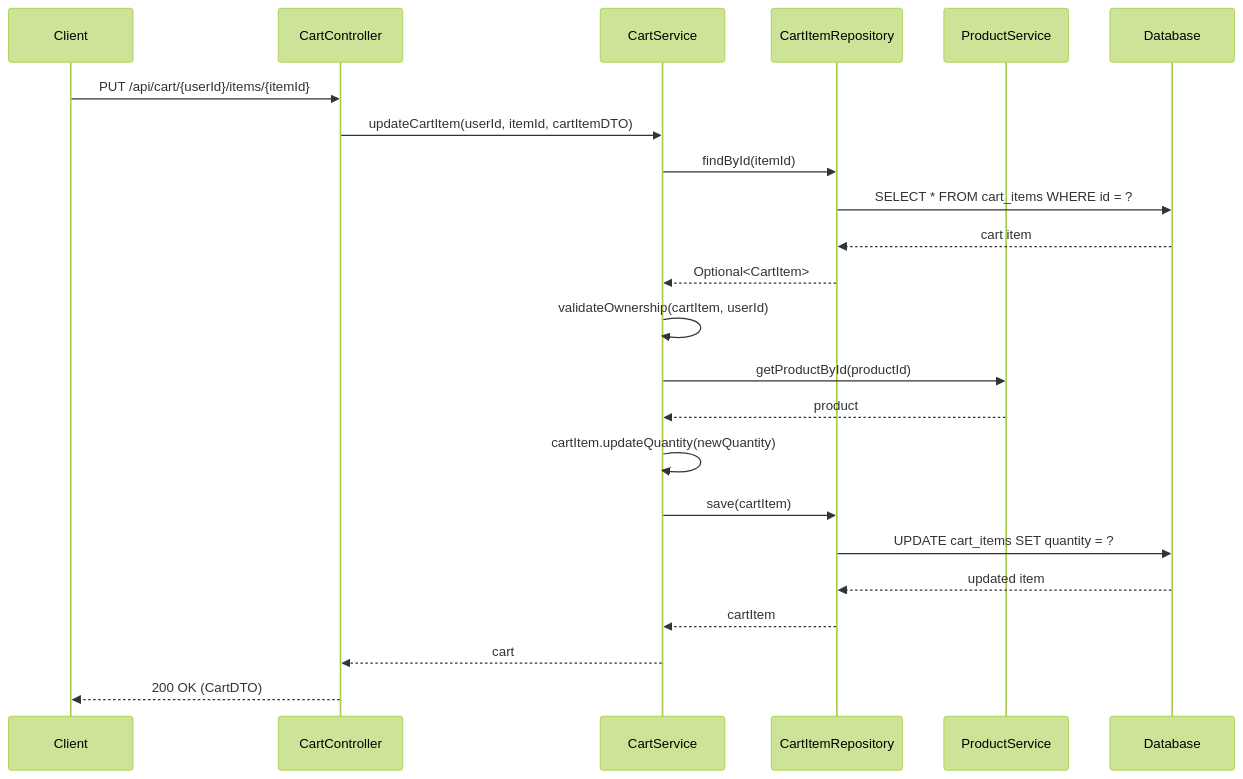
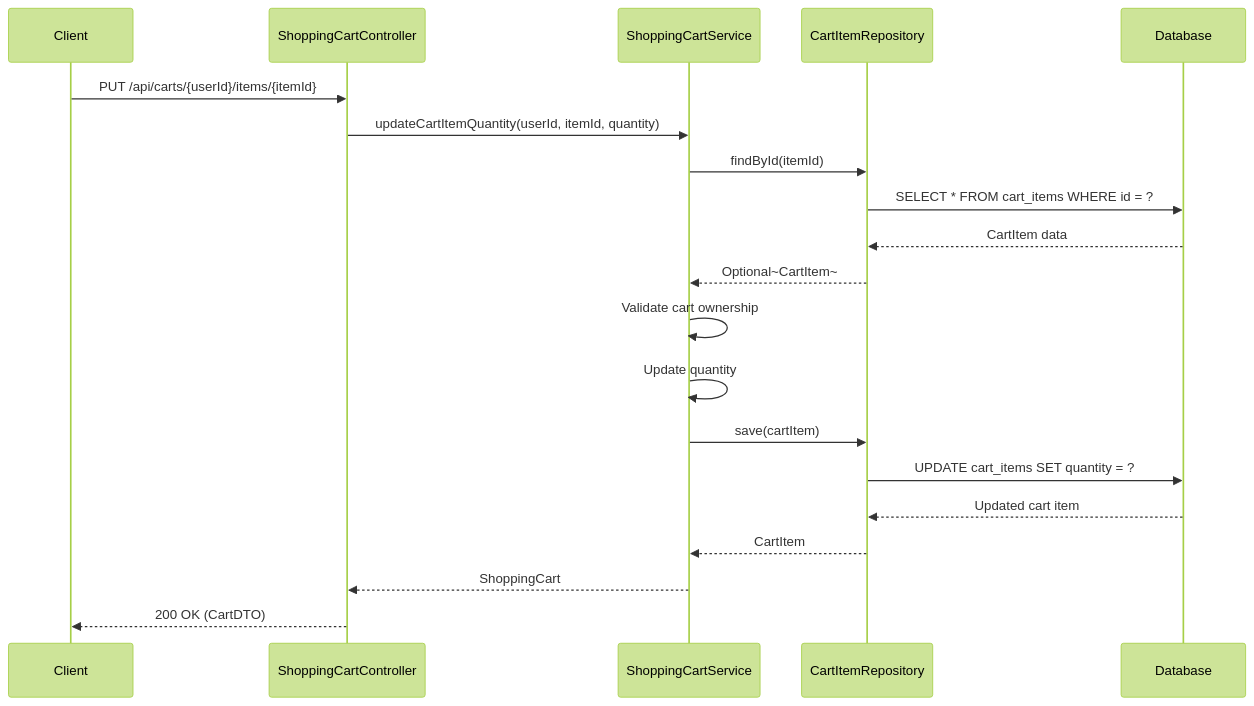
Before and after one commit to NavneetBN47/aava-ecom-demo: diagram 12 of 13 in docs/LLD/modified_lld.md, drawn with Mermaid (forest theme). The commit also changed other lines of this file, not shown here.

````diff
--- a/docs/LLD/modified_lld.md
+++ b/docs/LLD/modified_lld.md
@@ -584,26 +519,24 @@
 ```mermaid
 sequenceDiagram
     participant Client
-    participant CartController
-    participant CartService
+    participant ShoppingCartController
+    participant ShoppingCartService
     participant CartItemRepository
-    participant ProductService
     participant Database
 
-    Client->>CartController: PUT /api/cart/{userId}/items/{itemId}
-    CartController->>CartService: updateCartItem(userId, itemId, cartItemDTO)
-    CartService->>CartItemRepository: findById(itemId)
+    Client->>ShoppingCartController: PUT /api/carts/{userId}/items/{itemId}
+    ShoppingCartController->>ShoppingCartService: updateCartItemQuantity(userId, itemId, quantity)
+    ShoppingCartService->>CartItemRepository: findById(itemId)
     CartItemRepository->>Database: SELECT * FROM cart_items WHERE id = ?
-    Database-->>CartItemRepository: cart item
-    CartItemRepository-->>CartService: Optional<CartItem>
-    CartService->>CartService: validateOwnership(cartItem, userId)
-    CartService->>ProductService: getProductById(productId)
-    ProductService-->>CartService: product
-    CartService->>CartService: cartItem.updateQuantity(newQuantity)
-    CartService->>CartItemRepository: save(cartItem)
+    Database-->>CartItemRepository: CartItem data
+    CartItemRepository-->>ShoppingCartService: Optional~CartItem~
+    
+    ShoppingCartService->>ShoppingCartService: Validate cart ownership
+    ShoppingCartService->>ShoppingCartService: Update quantity
+    ShoppingCartService->>CartItemRepository: save(cartItem)
     CartItemRepository->>Database: UPDATE cart_items SET quantity = ?
-    Database-->>CartItemRepository: updated item
-    CartItemRepository-->>CartService: cartItem
-    CartService-->>CartController: cart
-    CartController-->>Client: 200 OK (CartDTO)
+    Database-->>CartItemRepository: Updated cart item
+    CartItemRepository-->>ShoppingCartService: CartItem
+    ShoppingCartService-->>ShoppingCartController: ShoppingCart
+    ShoppingCartController-->>Client: 200 OK (CartDTO)
 ```
````
